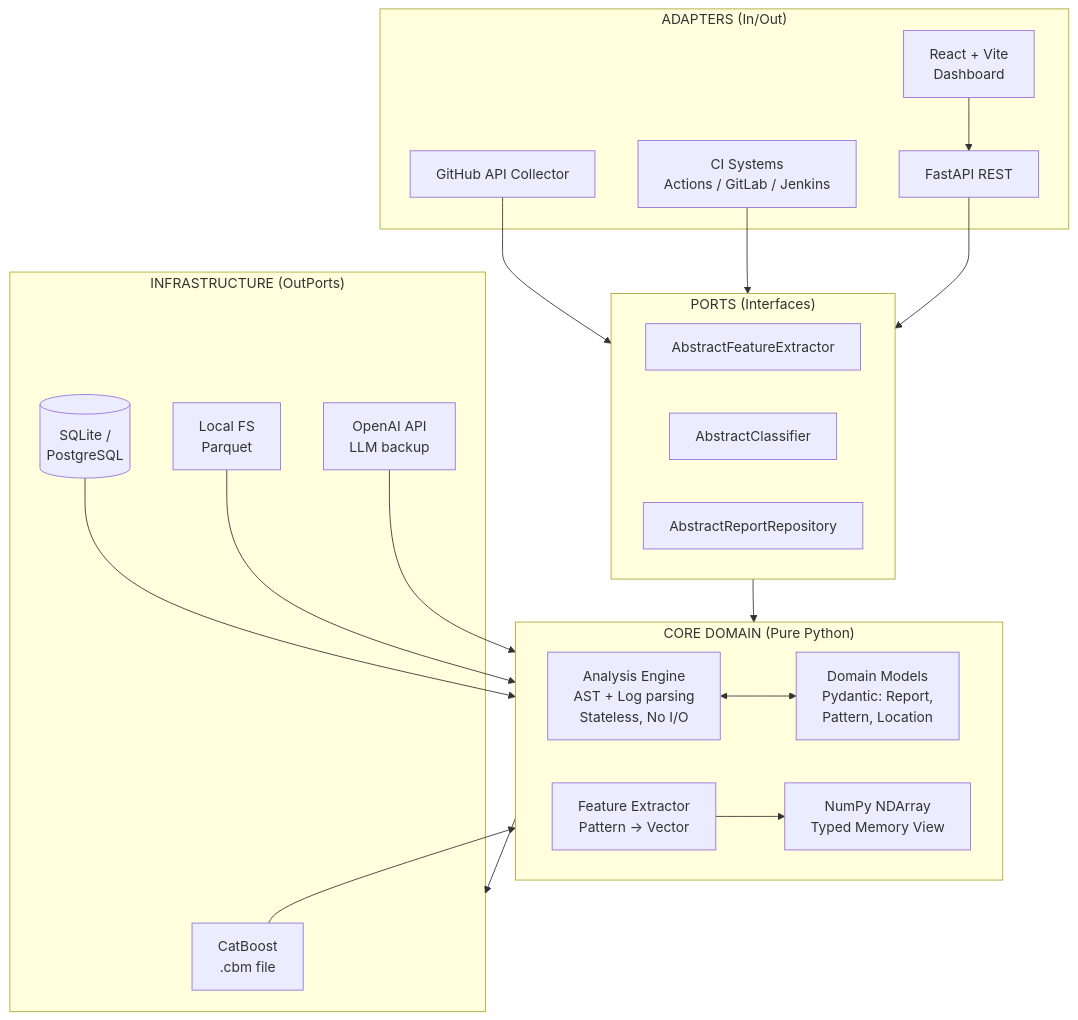
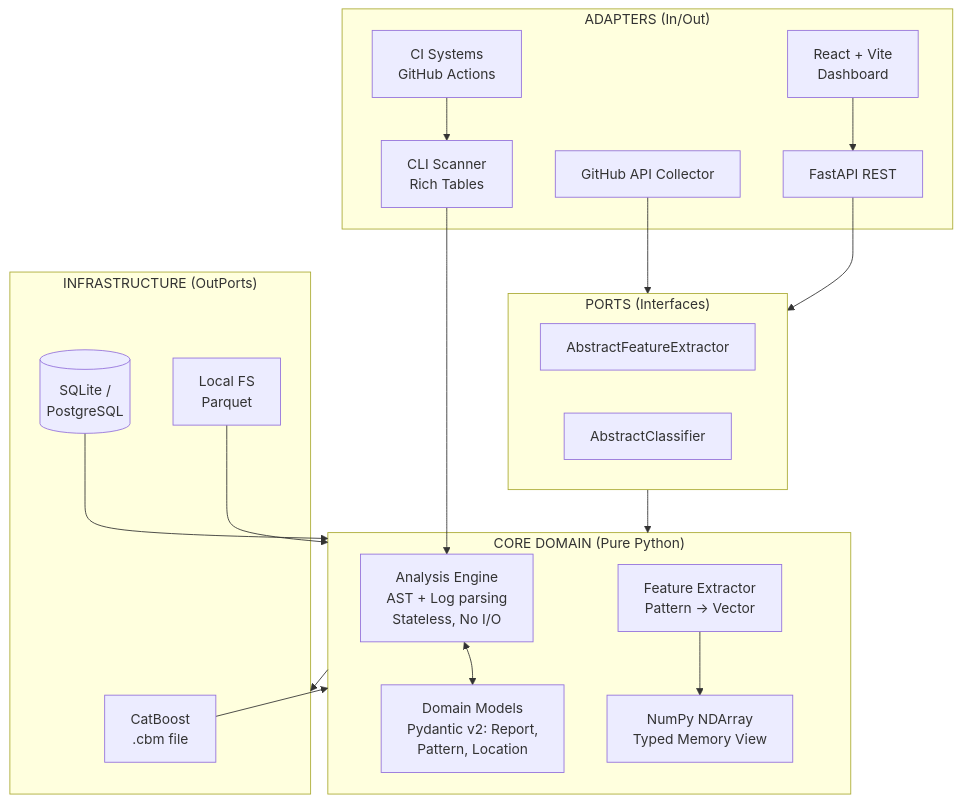
One commit to Artem7898/flakydetector changed the diagram in README_EN.md. Above: the diagram before and after it, drawn with Mermaid. The commit also changed other lines of this file and 8 other files, not shown here.

````diff
--- a/README_EN.md
+++ b/README_EN.md
@@ -41,44 +46,43 @@
 ```mermaid
 flowchart TB
     subgraph Adapters ["ADAPTERS (In/Out)"]
         GH[GitHub API Collector]
-        CI[CI Systems<br/>Actions / GitLab / Jenkins]
+        CI[CI Systems<br/>GitHub Actions]
+        CLI[CLI Scanner<br/>Rich Tables]
         API[FastAPI REST]
         UI[React + Vite<br/>Dashboard]
     end
 
     subgraph Ports ["PORTS (Interfaces)"]
         IF1[AbstractFeatureExtractor]
         IF2[AbstractClassifier]
-        IF3[AbstractReportRepository]
     end
 
     subgraph Core ["CORE DOMAIN (Pure Python)"]
         AE[Analysis Engine<br/>AST + Log parsing<br/>Stateless, No I/O]
-        DM[Domain Models<br/>Pydantic: Report,<br/>Pattern, Location]
+        DM[Domain Models<br/>Pydantic v2: Report,<br/>Pattern, Location]
         FE[Feature Extractor<br/>Pattern -> Vector]
         ND[NumPy NDArray<br/>Typed Memory View]
     end
 
     subgraph Infra ["INFRASTRUCTURE (OutPorts)"]
         CB[CatBoost<br/>.cbm file]
         DB[(SQLite /<br/>PostgreSQL)]
         FS[Local FS<br/>Parquet]
-        LLM[OpenAI API<br/>LLM backup]
     end
 
     GH --> Ports
-    CI --> Ports
+    CLI --> AE
+    CI --> CLI
     API --> Ports
     UI --> API
 
     Ports --> Core
     AE <--> DM
     FE --> ND
 
     Core --> Infra
     CB --> Core
     DB --> Core
     FS --> Core
-    LLM --> Core
 ```
````
